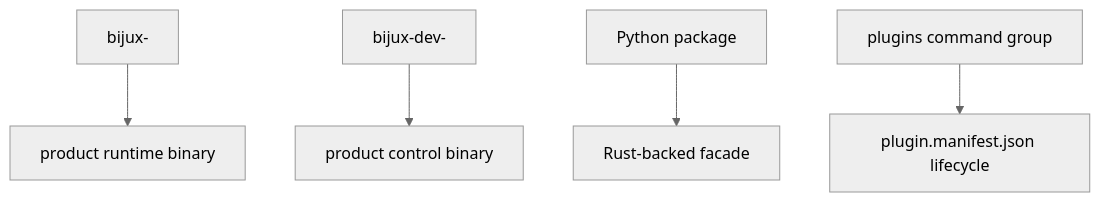
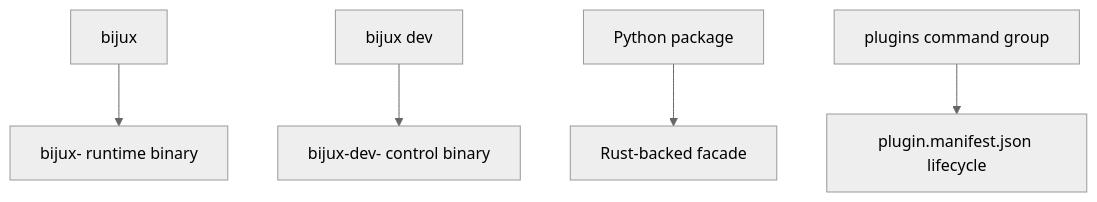
One commit to bijux/bijux-cli changed the first of 2 diagrams in docs/06-reference/integrations-and-routed-runtimes.md. Above: the diagram before and after it, drawn with Mermaid (neutral theme). The commit also changed other lines of this file and 3 other files, not shown here.

Commit message:
docs(routing): document routed product control commands

````diff
--- a/docs/06-reference/integrations-and-routed-runtimes.md
+++ b/docs/06-reference/integrations-and-routed-runtimes.md
@@ -9,7 +9,7 @@
 ```mermaid
 flowchart TD
-    A[bijux-<tool>] --> B[product runtime binary]
-    C[bijux-dev-<tool>] --> D[product control binary]
+    A[bijux <tool>] --> B[bijux-<tool> runtime binary]
+    C[bijux dev <tool>] --> D[bijux-dev-<tool> control binary]
     E[Python package] --> F[Rust-backed facade]
     G[plugins command group] --> H[plugin.manifest.json lifecycle]
 ```
````
